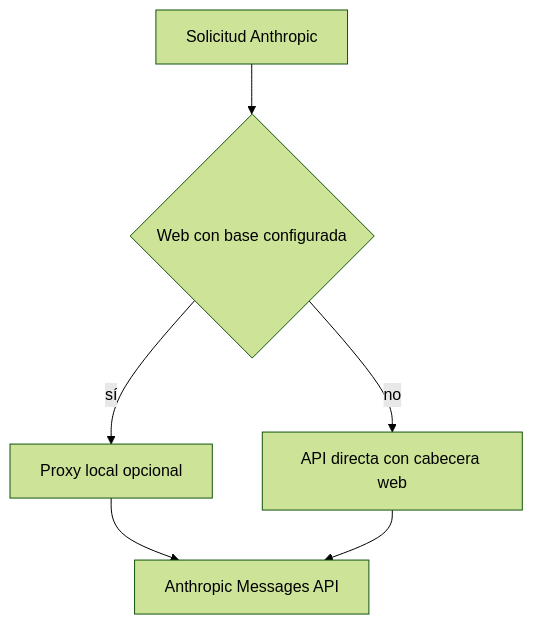
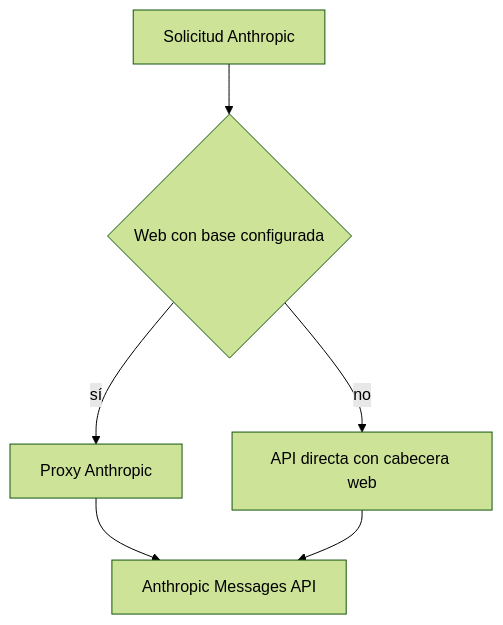
One commit to maximofn/gymnasia changed the second of 2 diagrams in openwiki/agent/provider-configuration.md. Above: the diagram before and after it, drawn with Mermaid (forest theme). The commit also changed other lines of this file and 52 other files, not shown here.

````diff
--- a/openwiki/agent/provider-configuration.md
+++ b/openwiki/agent/provider-configuration.md
@@ -135,8 +131,8 @@
 ```mermaid
 flowchart TD
-    Start["Solicitud Anthropic"] --> Web{"Web con base configurada"}
-    Web -->|"sí"| Proxy["Proxy local opcional"]
+    Solicitud["Solicitud Anthropic"] --> Web{"Web con base configurada"}
+    Web -->|"sí"| Proxy["Proxy Anthropic"]
     Proxy --> Api["Anthropic Messages API"]
     Web -->|"no"| Directo["API directa con cabecera web"]
     Directo --> Api
 ```
````
